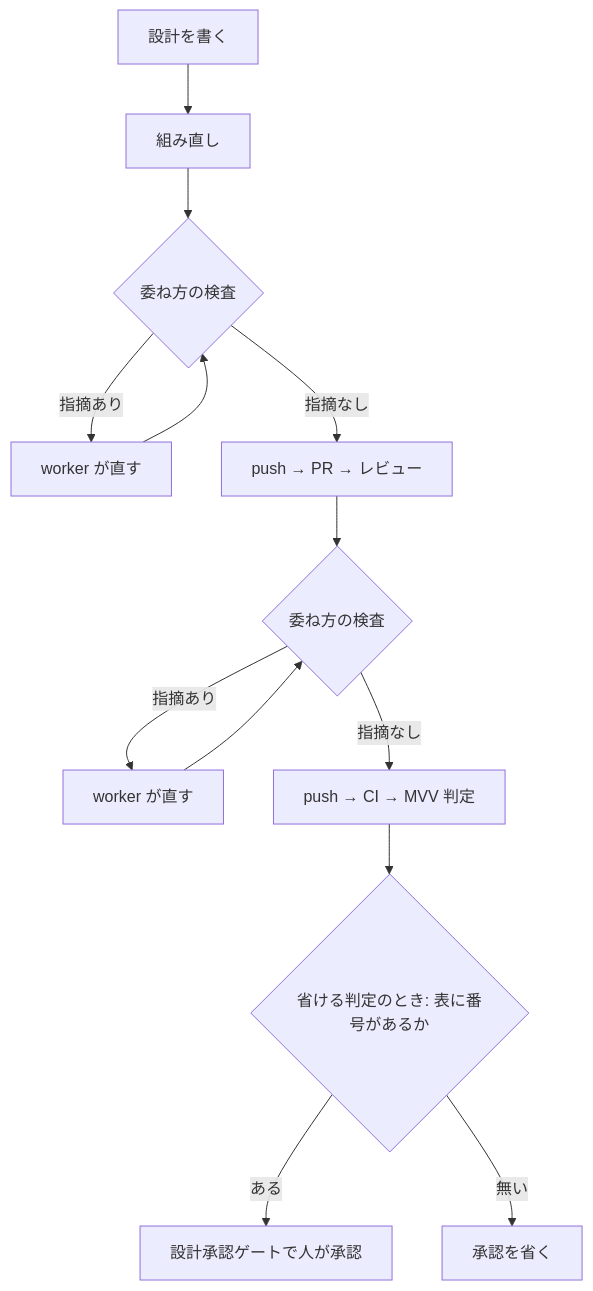
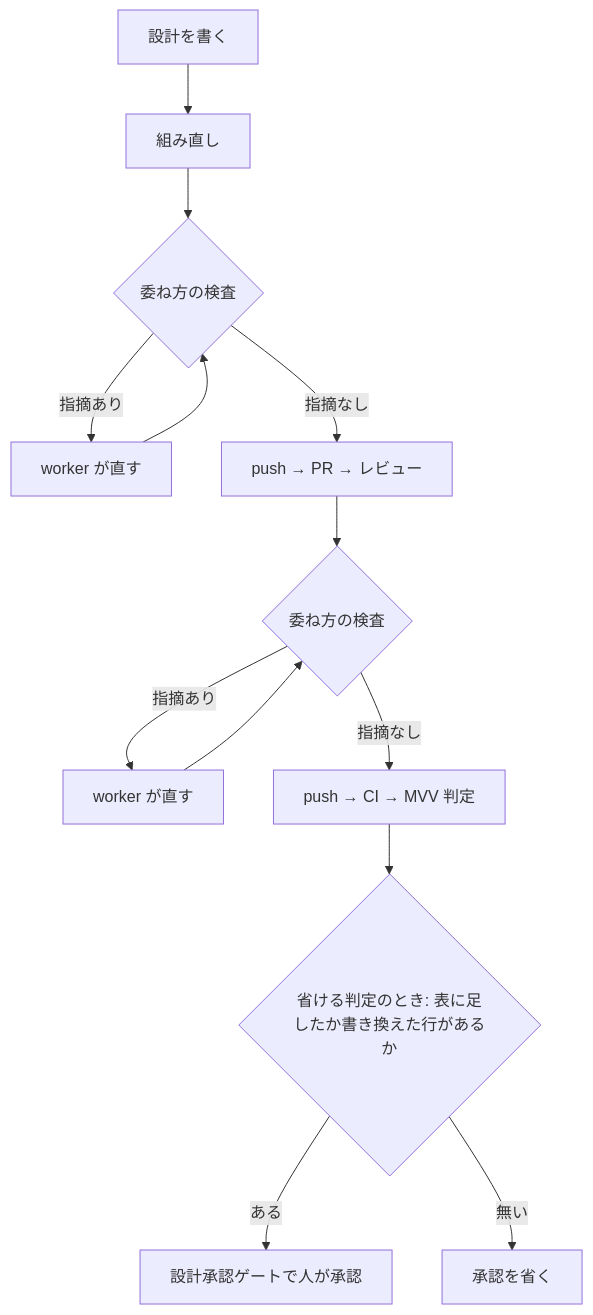
One commit to devbasex/ai-plugins changed the second of 4 diagrams in issues/issue-2912-design.md. Above: the diagram before and after it, drawn with Mermaid. The commit also changed other lines of this file, not shown here.

````diff
--- a/issues/issue-2912-design.md
+++ b/issues/issue-2912-design.md
@@ -46,15 +46,15 @@
 ```mermaid
 graph TD
     A["設計を書く"] --> B["組み直し"]
     B --> C{"委ね方の検査"}
     C -->|"指摘あり"| W["worker が直す"]
     W --> C
     C -->|"指摘なし"| D["push → PR → レビュー"]
     D --> E{"委ね方の検査"}
     E -->|"指摘あり"| W2["worker が直す"]
     W2 --> E
     E -->|"指摘なし"| G["push → CI → MVV 判定"]
-    G --> H{"省ける判定のとき: 表に番号があるか"}
+    G --> H{"省ける判定のとき: 表に足したか書き換えた行があるか"}
     H -->|"ある"| I["設計承認ゲートで人が承認"]
     H -->|"無い"| J["承認を省く"]
 ```
````
